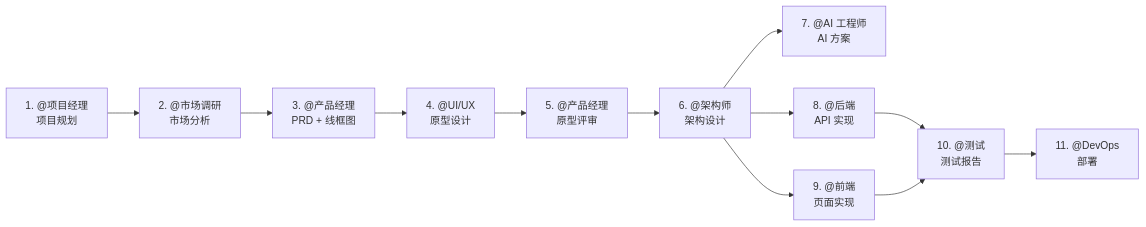
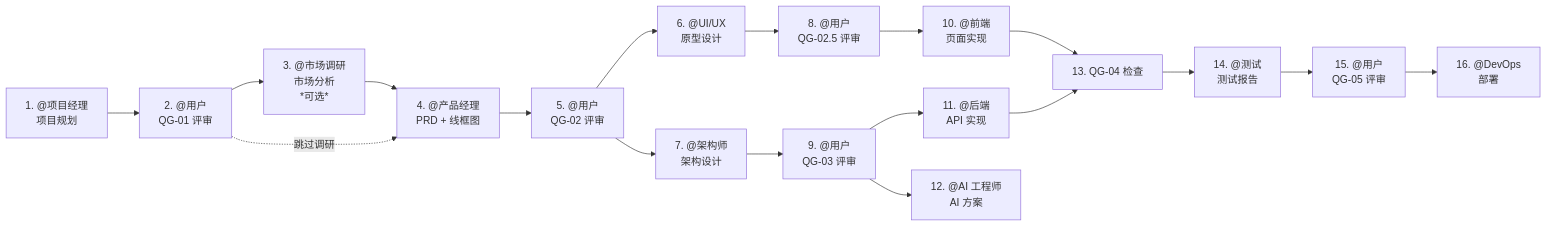
The diagram in README.md (bignof/Agent-Team-Framework), drawn with Mermaid before and after one commit. The commit also changed other lines of this file and 13 other files, not shown here.

````diff
--- a/README.md
+++ b/README.md
@@ -57,14 +57,20 @@
 ```mermaid
 graph LR
-    A[1. @项目经理<br/>项目规划] --> B[2. @市场调研<br/>市场分析]
-    B --> C[3. @产品经理<br/>PRD + 线框图]
-    C --> D[4. @UI/UX<br/>原型设计]
-    D --> E[5. @产品经理<br/>原型评审]
-    E --> F[6. @架构师<br/>架构设计]
-    F --> G[7. @AI 工程师<br/>AI 方案]
-    F --> H[8. @后端<br/>API 实现]
-    F --> I[9. @前端<br/>页面实现]
-    H --> J[10. @测试<br/>测试报告]
-    I --> J
-    J --> K[11. @DevOps<br/>部署]
+    A[1. @项目经理<br/>项目规划] --> B[2. @用户<br/>QG-01 评审]
+    B --> C[3. @市场调研<br/>市场分析<br/>*可选*]
+    C --> D[4. @产品经理<br/>PRD + 线框图]
+    B -.->|跳过调研 | D
+    D --> E[5. @用户<br/>QG-02 评审]
+    E --> F[6. @UI/UX<br/>原型设计]
+    E --> G[7. @架构师<br/>架构设计]
+    F --> H[8. @用户<br/>QG-02.5 评审]
+    G --> I[9. @用户<br/>QG-03 评审]
+    H --> J[10. @前端<br/>页面实现]
+    I --> K[11. @后端<br/>API 实现]
+    I --> L[12. @AI 工程师<br/>AI 方案]
+    J --> M[13. QG-04 检查]
+    K --> M
+    M --> N[14. @测试<br/>测试报告]
+    N --> O[15. @用户<br/>QG-05 评审]
+    O --> P[16. @DevOps<br/>部署]
 ```
````
